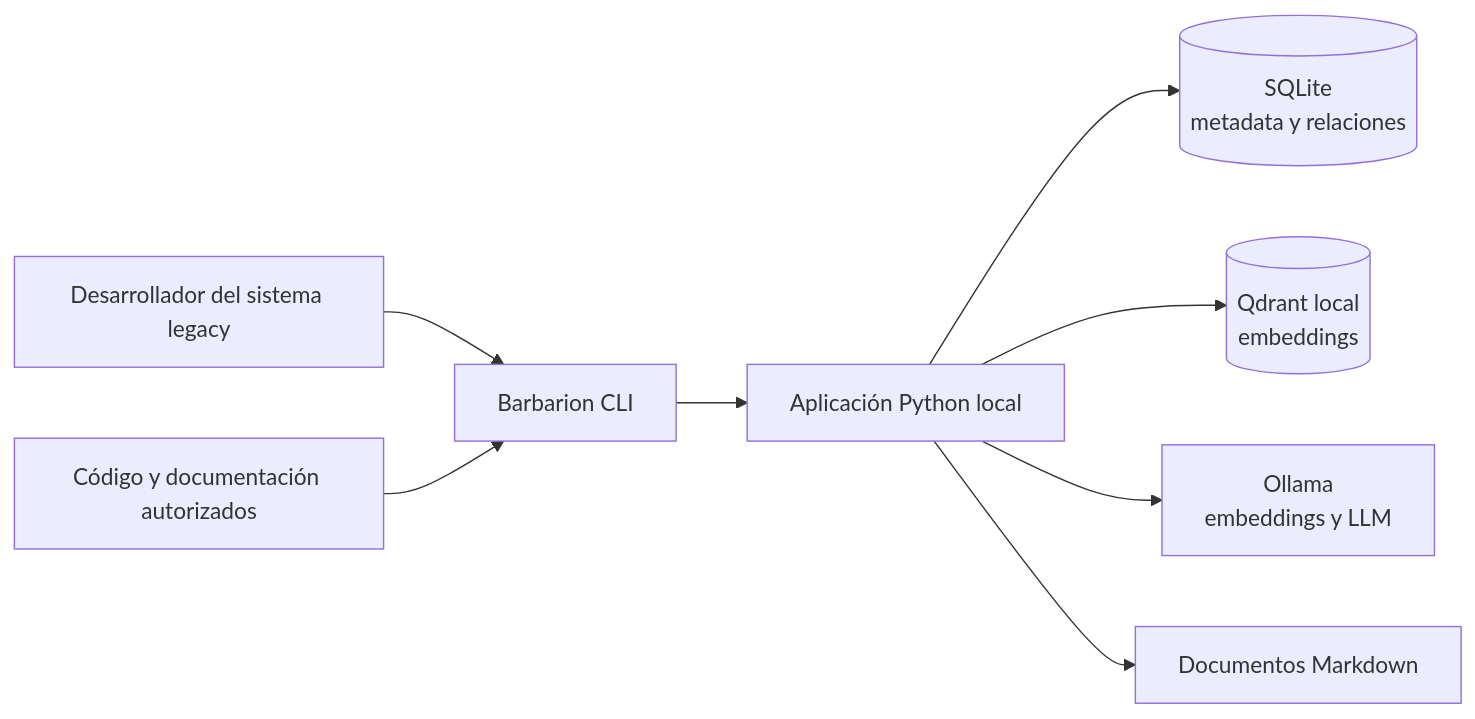
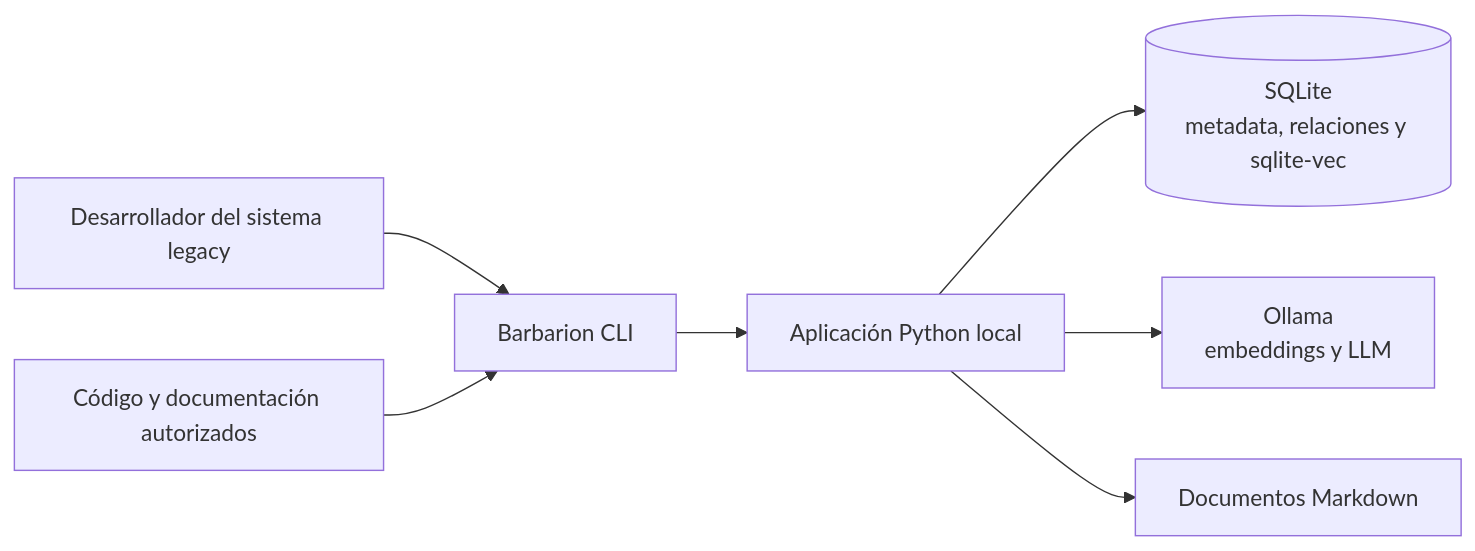
One commit to fcamasca/barbarion changed the first of 4 diagrams in docs/ARCHITECTURE.md. Above: the diagram before and after it, drawn with Mermaid. The commit also changed other lines of this file and 1 other file, not shown here.

````diff
--- a/docs/ARCHITECTURE.md
+++ b/docs/ARCHITECTURE.md
@@ -27,10 +27,9 @@
 ```mermaid
 flowchart LR
     U["Desarrollador del sistema legacy"] --> CLI["Barbarion CLI"]
     SRC["Código y documentación autorizados"] --> CLI
     CLI --> APP["Aplicación Python local"]
-    APP --> SQL[("SQLite\nmetadata y relaciones")]
-    APP --> VEC[("Qdrant local\nembeddings")]
+    APP --> SQL[("SQLite\nmetadata, relaciones y sqlite-vec")]
     APP --> OL["Ollama\nembeddings y LLM"]
     APP --> MD["Documentos Markdown"]
 ```
````
